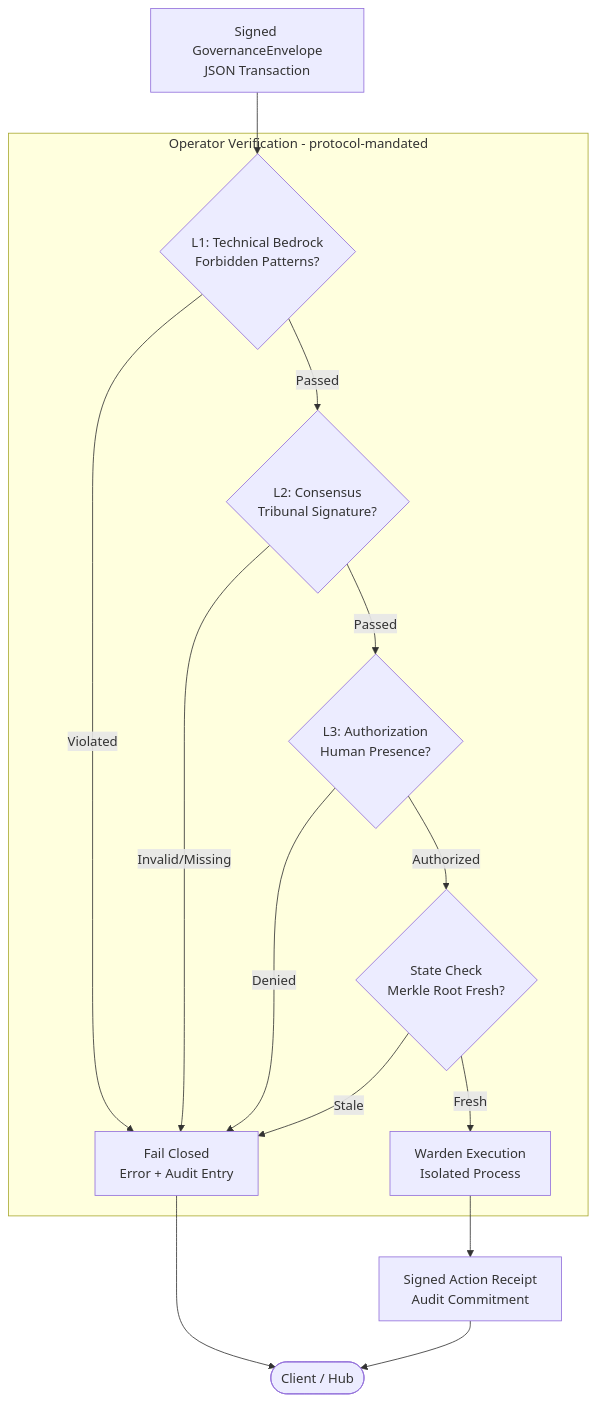
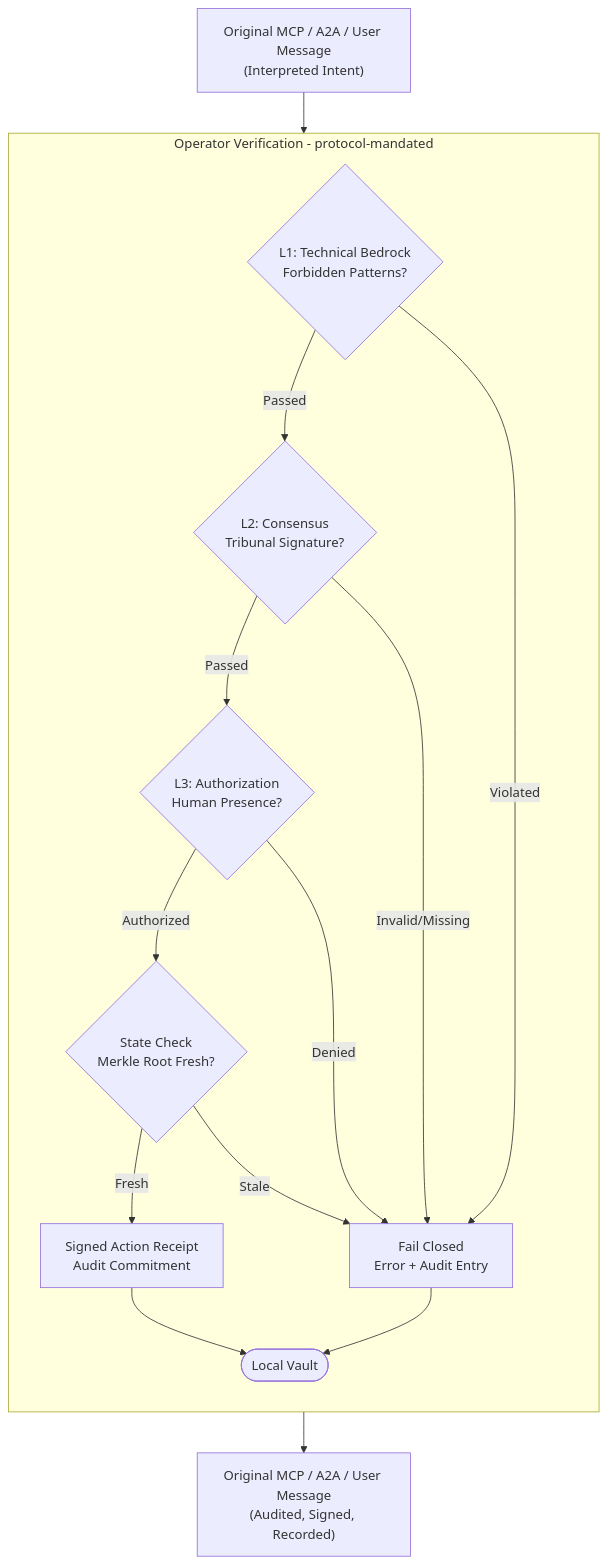
Before and after one commit to g8e-ai/g8e: the first of 2 diagrams in README.md, drawn with Mermaid. The commit also changed other lines of this file and 712 other files, not shown here.

First line of the commit message:
v0.2.6 - Substrate Consolidation & Contextual Governance

````diff
--- a/README.md
+++ b/README.md
@@ -48,24 +23,35 @@
 ```mermaid
-flowchart TD
-    TX[Signed GovernanceEnvelope<br>JSON Transaction] --> L1
+graph TD
+    Start["Original MCP / A2A / User Message<br/>(Interpreted Intent)"]
 
-    subgraph Substrate [Operator Verification - protocol-mandated]
-        L1{L1: Technical Bedrock<br>Forbidden Patterns?}
-        L1 -- "Violated" --> Reject
+    subgraph Verification ["Operator Verification - protocol-mandated"]
+        direction TB
+        L1{"L1: Technical Bedrock<br/>Forbidden Patterns?"}
+        L2{"L2: Consensus<br/>Tribunal Signature?"}
+        L3{"L3: Authorization<br/>Human Presence?"}
+        State{"State Check<br/>Merkle Root Fresh?"}
+        
+        FailClosed["Fail Closed<br/>Error + Audit Entry"]
+        Warden["Signed Action Receipt<br/>Audit Commitment"]
+        LocalVault([Local Vault])
 
-        L1 -- "Passed" --> L2{L2: Consensus<br>Tribunal Signature?}
-        L2 -- "Invalid/Missing" --> Reject
+        L1 -- "Passed" --> L2
+        L1 -- "Violated" ----> FailClosed
+        
+        L2 -- "Passed" --> L3
+        L2 -- "Invalid/Missing" ---> FailClosed
+        
+        L3 -- "Authorized" --> State
+        L3 -- "Denied" --> FailClosed
+        
+        State -- "Fresh" --> Warden
+        State -- "Stale" --> FailClosed
 
-        L2 -- "Passed" --> L3{L3: Authorization<br>Human Presence?}
-        L3 -- "Denied" --> Reject
-
-        L3 -- "Authorized" --> State{State Check<br>Merkle Root Fresh?}
-        State -- "Stale" --> Reject
-
-        State -- "Fresh" --> Exec[Warden Execution<br>Isolated Process]
+        Warden --> LocalVault
+        FailClosed --> LocalVault
     end
 
-    Exec --> Receipt[Signed Action Receipt<br>Audit Commitment]
-    Reject[Fail Closed<br>Error + Audit Entry] --> Client
-    Receipt --> Client([Client / Hub])
+    LocalVault --> Destination["Original MCP / A2A / User Message<br/>(Audited, Signed, Recorded)"]
+
+    Start --> L1
 ```
````
